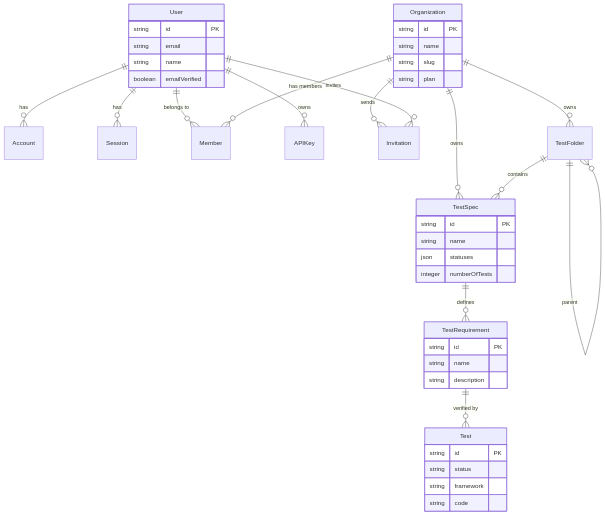
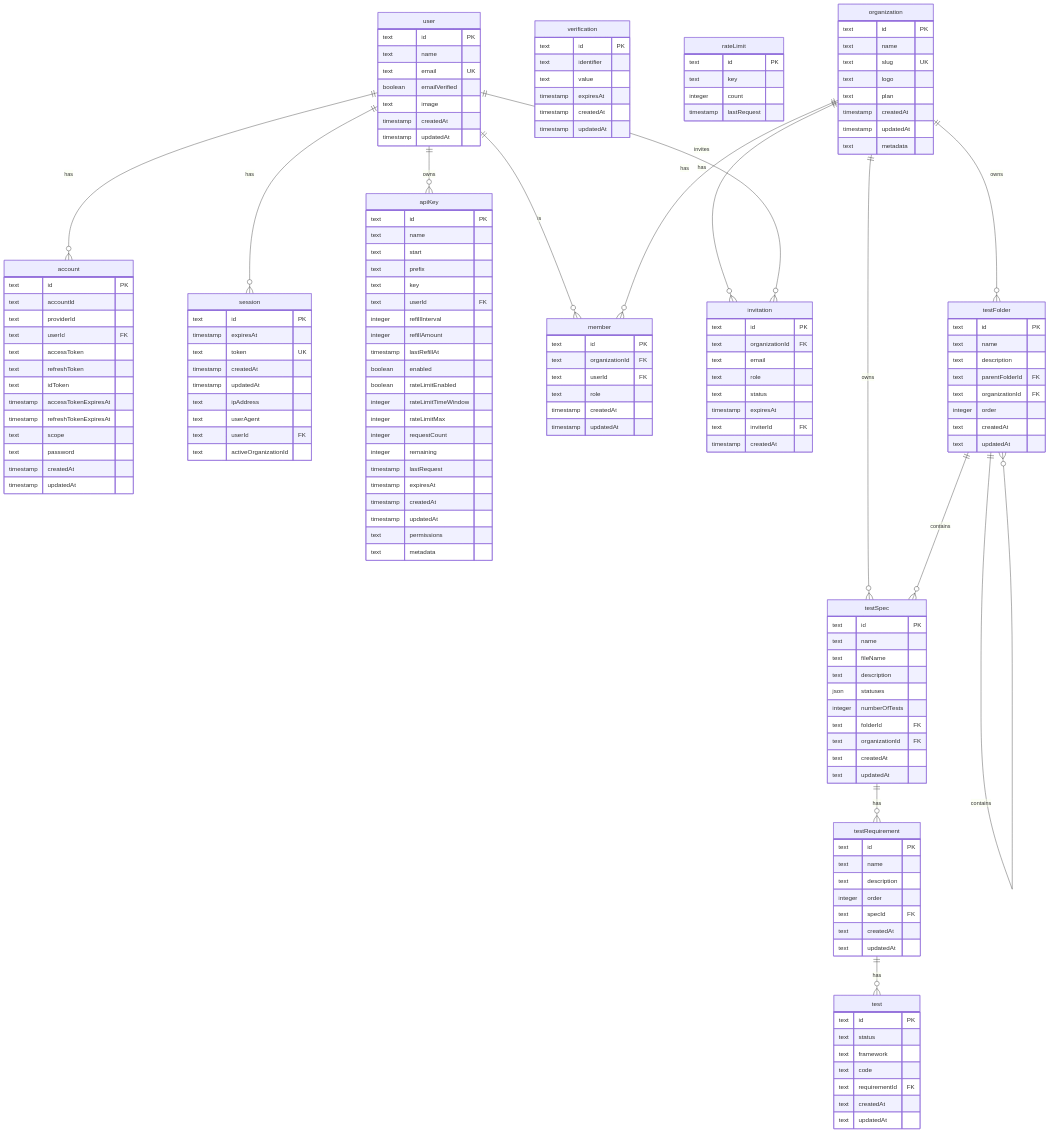
Before and after one commit to romradchenko/automaspec: the diagram in Roman_Diploma_Submission/appendices/db-schema.md, drawn with Mermaid. The commit also changed other lines of this file and 6 other files, not shown here.

Commit message:
feat: add HTML and Markdown documentation for the Automaspec database schemaп

````diff
--- a/Roman_Diploma_Submission/appendices/db-schema.md
+++ b/Roman_Diploma_Submission/appendices/db-schema.md
@@ -15,54 +17,185 @@
 ```mermaid
 erDiagram
-    User ||--o{ Account : "has"
-    User ||--o{ Session : "has"
-    User ||--o{ Member : "belongs to"
-    User ||--o{ APIKey : "owns"
+    %% ==========================================
+    %% USER & AUTHENTICATION TABLES
+    %% ==========================================
     
-    Organization ||--o{ Member : "has members"
-    Organization ||--o{ Invitation : "sends"
-    Organization ||--o{ TestFolder : "owns"
-    Organization ||--o{ TestSpec : "owns"
-    
-    User ||--o{ Invitation : "invites"
-
-    TestFolder ||--o{ TestSpec : "contains"
-    TestFolder ||--o{ TestFolder : "parent"
-    
-    TestSpec ||--o{ TestRequirement : "defines"
-    TestRequirement ||--o{ Test : "verified by"
-
-    User {
-        string id PK
-        string email
-        string name
+    user {
+        text id PK
+        text name
+        text email UK
         boolean emailVerified
+        text image
+        timestamp createdAt
+        timestamp updatedAt
     }
 
-    Organization {
-        string id PK
-        string name
-        string slug
-        string plan
+    account {
+        text id PK
+        text accountId
+        text providerId
+        text userId FK
+        text accessToken
+        text refreshToken
+        text idToken
+        timestamp accessTokenExpiresAt
+        timestamp refreshTokenExpiresAt
+        text scope
+        text password
+        timestamp createdAt
+        timestamp updatedAt
     }
 
-    TestSpec {
-        string id PK
-        string name
+    session {
+        text id PK
+        timestamp expiresAt
+        text token UK
+        timestamp createdAt
+        timestamp updatedAt
+        text ipAddress
+        text userAgent
+        text userId FK
+        text activeOrganizationId
+    }
+
+    verification {
+        text id PK
+        text identifier
+        text value
+        timestamp expiresAt
+        timestamp createdAt
+        timestamp updatedAt
+    }
+
+    apiKey {
+        text id PK
+        text name
+        text start
+        text prefix
+        text key
+        text userId FK
+        integer refillInterval
+        integer refillAmount
+        timestamp lastRefillAt
+        boolean enabled
+        boolean rateLimitEnabled
+        integer rateLimitTimeWindow
+        integer rateLimitMax
+        integer requestCount
+        integer remaining
+        timestamp lastRequest
+        timestamp expiresAt
+        timestamp createdAt
+        timestamp updatedAt
+        text permissions
+        text metadata
+    }
+
+    rateLimit {
+        text id PK
+        text key
+        integer count
+        timestamp lastRequest
+    }
+
+    %% ==========================================
+    %% ORGANIZATION TABLES
+    %% ==========================================
+
+    organization {
+        text id PK
+        text name
+        text slug UK
+        text logo
+        text plan
+        timestamp createdAt
+        timestamp updatedAt
+        text metadata
+    }
+
+    member {
+        text id PK
+        text organizationId FK
+        text userId FK
+        text role
+        timestamp createdAt
+        timestamp updatedAt
+    }
+
+    invitation {
+        text id PK
+        text organizationId FK
+        text email
+        text role
+        text status
+        timestamp expiresAt
+        text inviterId FK
+        timestamp createdAt
+    }
+
+    %% ==========================================
+    %% TEST MANAGEMENT TABLES
+    %% ==========================================
+
+    testFolder {
+        text id PK
+        text name
+        text description
+        text parentFolderId FK
+        text organizationId FK
+        integer order
+        text createdAt
+        text updatedAt
+    }
+
+    testSpec {
+        text id PK
+        text name
+        text fileName
+        text description
         json statuses
         integer numberOfTests
+        text folderId FK
+        text organizationId FK
+        text createdAt
+        text updatedAt
     }
 
-    TestRequirement {
-        string id PK
-        string name
-        string description
+    testRequirement {
+        text id PK
+        text name
+        text description
+        integer order
+        text specId FK
+        text createdAt
+        text updatedAt
     }
 
-    Test {
-        string id PK
-        string status
-        string framework
-        string code
+    test {
+        text id PK
+        text status
+        text framework
+        text code
+        text requirementId FK
+        text createdAt
+        text updatedAt
     }
+
+    %% ==========================================
+    %% RELATIONSHIPS
+    %% ==========================================
+
+    user ||--o{ account : "has"
+    user ||--o{ session : "has"
+    user ||--o{ apiKey : "owns"
+    user ||--o{ member : "is"
+    organization ||--o{ member : "has"
+    organization ||--o{ invitation : "has"
+    user ||--o{ invitation : "invites"
+    testFolder ||--o{ testFolder : "contains"
+    organization ||--o{ testFolder : "owns"
+    organization ||--o{ testSpec : "owns"
+    testFolder ||--o{ testSpec : "contains"
+    testSpec ||--o{ testRequirement : "has"
+    testRequirement ||--o{ test : "has"
 ```
````
